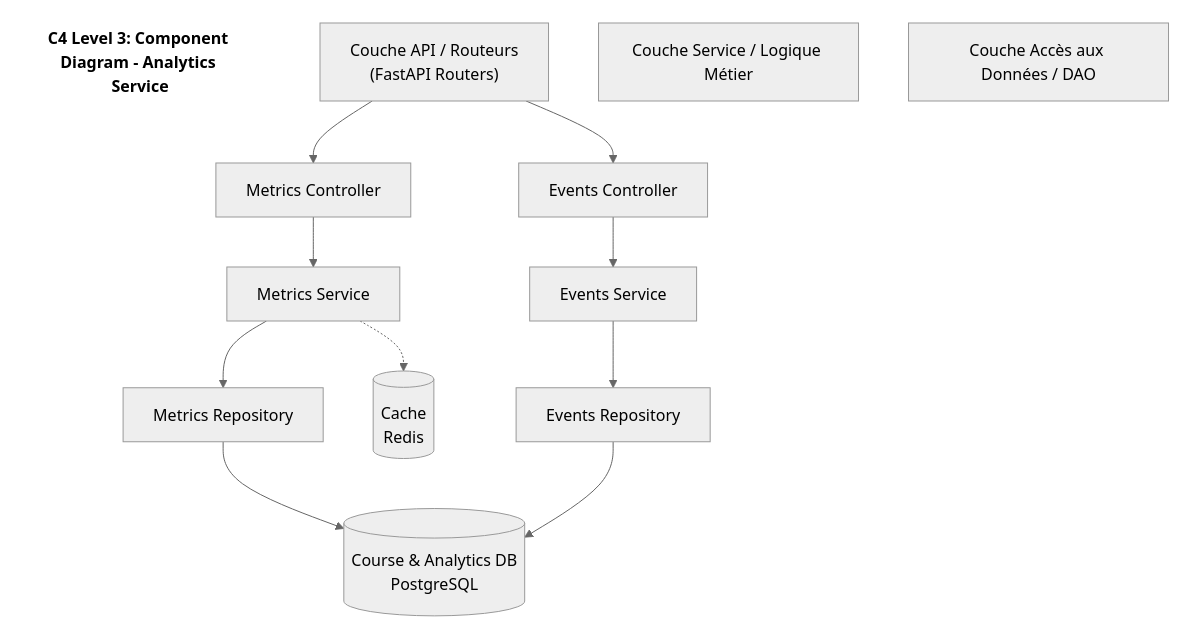
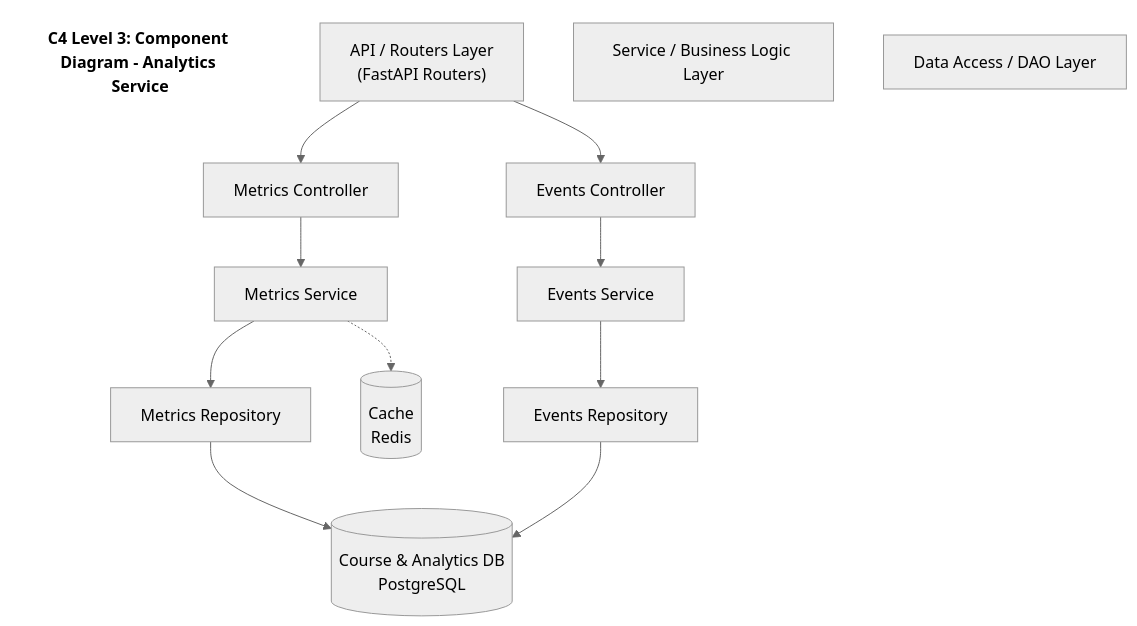
One commit to Sen-Se1/elearning-microservice-platform changed the fifth of 10 diagrams in architecture.md. Above: the diagram before and after it, drawn with Mermaid (neutral theme). The commit also changed other lines of this file, not shown here.

Commit message:
docs: localize architecture terminology to English and refine Use Case diagrams

````diff
--- a/architecture.md
+++ b/architecture.md
@@ -147,31 +147,31 @@
 ```mermaid
 flowchart TD
     title["C4 Level 3: Component Diagram - Analytics Service"]
     style title fill:none,stroke:none,font-weight:bold,font-size:16px
 
-    API["Couche API / Routeurs<br/>(FastAPI Routers)"]
+    API["API / Routers Layer<br/>(FastAPI Routers)"]
     MetricsCtrl["Metrics Controller"]
     EventsCtrl["Events Controller"]
     
-    ServiceLayer["Couche Service / Logique Métier"]
+    ServiceLayer["Service / Business Logic Layer"]
     MetricsLogic["Metrics Service"]
     EventsLogic["Events Service"]
     
-    DAOLayer["Couche Accès aux Données / DAO"]
+    DAOLayer["Data Access / DAO Layer"]
     MetricsRepo["Metrics Repository"]
     EventsRepo["Events Repository"]
 
     DB[("Course & Analytics DB<br/>PostgreSQL")]
     Cache[("Cache<br/>Redis")]
 
     API --> MetricsCtrl & EventsCtrl
     MetricsCtrl --> MetricsLogic
     EventsCtrl --> EventsLogic
     
     MetricsLogic --> MetricsRepo
     EventsLogic --> EventsRepo
     
     MetricsRepo --> DB
     EventsRepo --> DB
     MetricsLogic -.-> Cache
 ```
````
